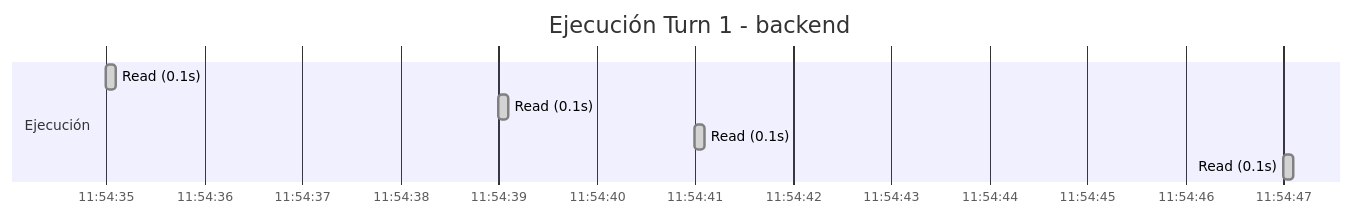
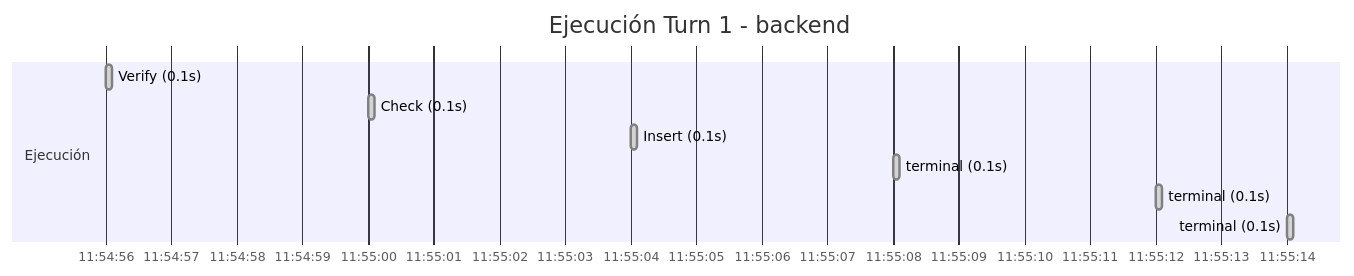
One commit to luisdalmasso/orquestador-contamela changed the diagram in .ponytail/traces/2026-07-09_auto_recovered_fdf416e02292/backend_fdf416e02292.md. Above: the diagram before and after it, drawn with Mermaid. The commit also changed other lines of this file, not shown here.

````diff
--- a/.ponytail/traces/2026-07-09_auto_recovered_fdf416e02292/backend_fdf416e02292.md
+++ b/.ponytail/traces/2026-07-09_auto_recovered_fdf416e02292/backend_fdf416e02292.md
@@ -150,12 +132,14 @@
 ```mermaid
 gantt
     title Ejecución Turn 1 - backend
     dateFormat  HH:mm:ss
     axisFormat  %H:%M:%S
 
     section Ejecución
-    Read (0.1s)  :done, 11:54:35, 0.1s
-    Read (0.1s)  :done, 11:54:39, 0.1s
-    Read (0.1s)  :done, 11:54:41, 0.1s
-    Read (0.1s)  :done, 11:54:47, 0.1s
+    Verify (0.1s)  :done, 11:54:56, 0.1s
+    Check (0.1s)  :done, 11:55:00, 0.1s
+    Insert (0.1s)  :done, 11:55:04, 0.1s
+    terminal (0.1s)  :done, 11:55:08, 0.1s
+    terminal (0.1s)  :done, 11:55:12, 0.1s
+    terminal (0.1s)  :done, 11:55:14, 0.1s
 ```
````
